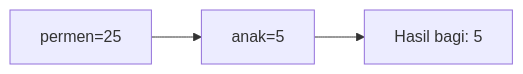
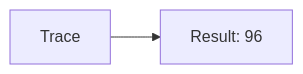
One commit to amnahwaida/OSNK_INF_PREP changed the fourth of 25 diagrams in part-c-pemahaman-cpp/01-tipe-data/latihan/set-11.md. Above: the diagram before and after it, drawn with Mermaid. The commit also changed other lines of this file and 71 other files, not shown here.

````diff
--- a/part-c-pemahaman-cpp/01-tipe-data/latihan/set-11.md
+++ b/part-c-pemahaman-cpp/01-tipe-data/latihan/set-11.md
@@ -221,5 +85,4 @@
 ```mermaid
 graph LR
-A["permen=25"] --> B["anak=5"]
-B --> C["Hasil bagi: 5"]
+A[Trace] --> B[Result: 96]
 ```
````
